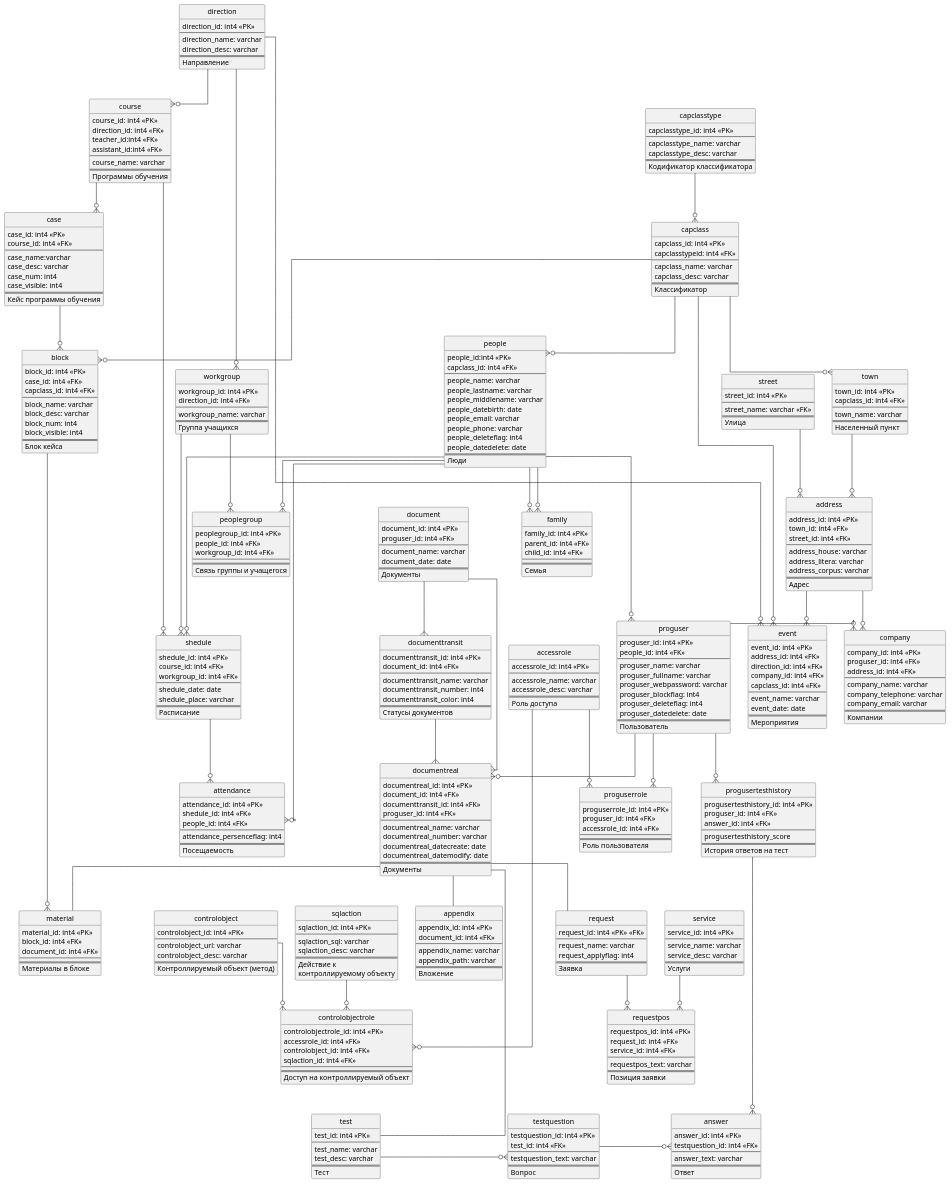
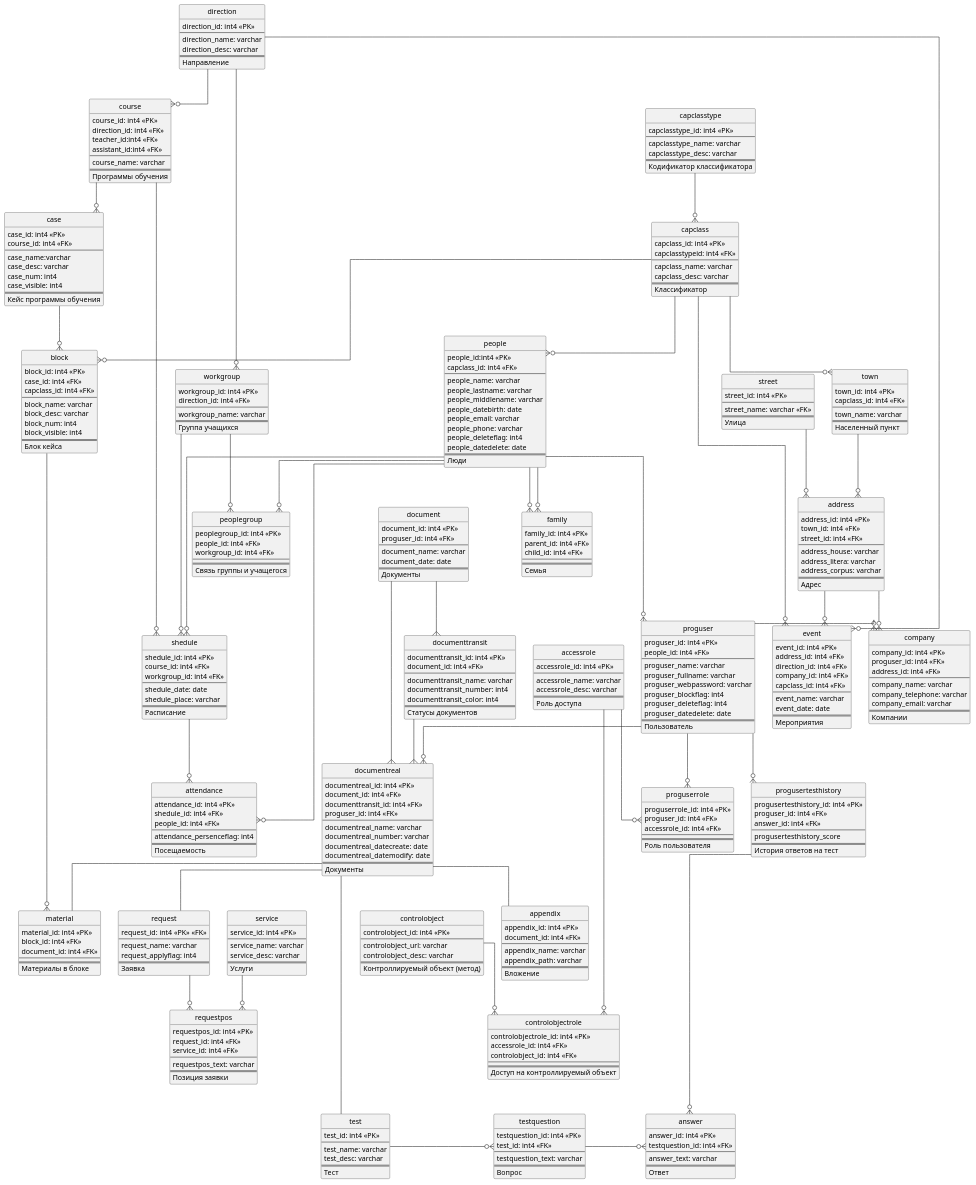
The diagram in docs/er-diagram.puml (Skeletoshka/spring-core-backend), drawn with PlantUML before and after one commit.

Commit message:
удаление sqlaction

```diff
--- a/docs/er-diagram.puml
+++ b/docs/er-diagram.puml
@@ -144,7 +144,6 @@
     controlobjectrole_id: int4 <<PK>>
     accessrole_id: int4 <<FK>>
     controlobject_id: int4 <<FK>>
-    sqlaction_id: int4 <<FK>>
     --
     ==
     Доступ на контроллируемый объект
@@ -156,14 +155,6 @@
     controlobject_desc: varchar
     ==
     Контроллируемый объект (метод)
-}
-entity sqlaction {
-    sqlaction_id: int4 <<PK>>
-    --
-    sqlaction_sql: varchar
-    sqlaction_desc: varchar
-    ==
-    Действие к\nконтроллируемому объекту
 }
 entity shedule{
     shedule_id: int4 <<PK>>
@@ -354,7 +345,6 @@
 accessrole--o{proguserrole
 accessrole----o{controlobjectrole
 controlobject--o{controlobjectrole
-sqlaction--o{controlobjectrole
 workgroup---o{shedule
 course--o{shedule
 people--o{shedule
```
